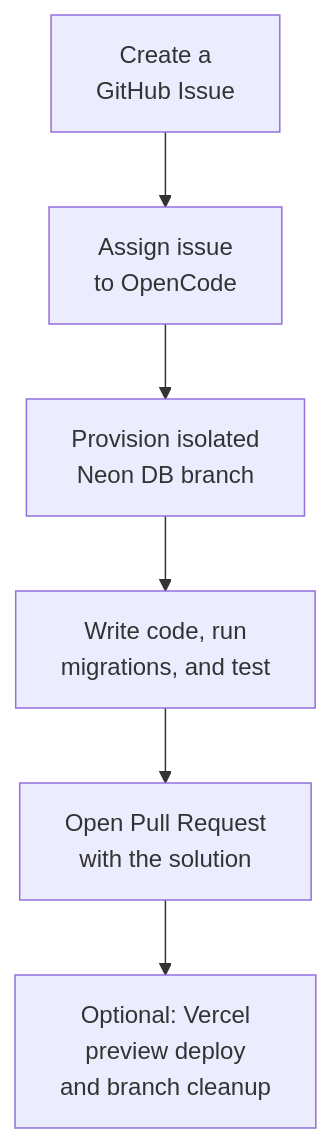
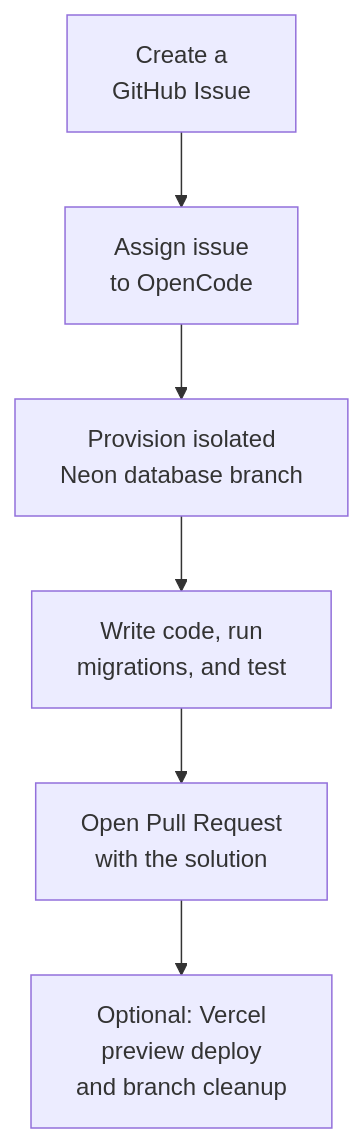
Before and after one commit to neondatabase/website: the diagram in content/guides/opencode-neon-github-actions.md, drawn with Mermaid. The commit also changed other lines of this file and 176 other files, not shown here.

````diff
--- a/content/guides/opencode-neon-github-actions.md
+++ b/content/guides/opencode-neon-github-actions.md
@@ -18,8 +18,8 @@
 ```mermaid
 flowchart TD
   A["Create a<br/>GitHub Issue"] --> B["Assign issue<br/>to OpenCode"]
-  B --> C["Provision isolated<br/>Neon DB branch"]
+  B --> C["Provision isolated<br/>Neon database branch"]
   C --> D["Write code, run<br/>migrations, and test"]
   D --> E["Open Pull Request<br/>with the solution"]
   E --> F["Optional: Vercel <br/>preview deploy<br/>and branch cleanup"]
 ```
````
